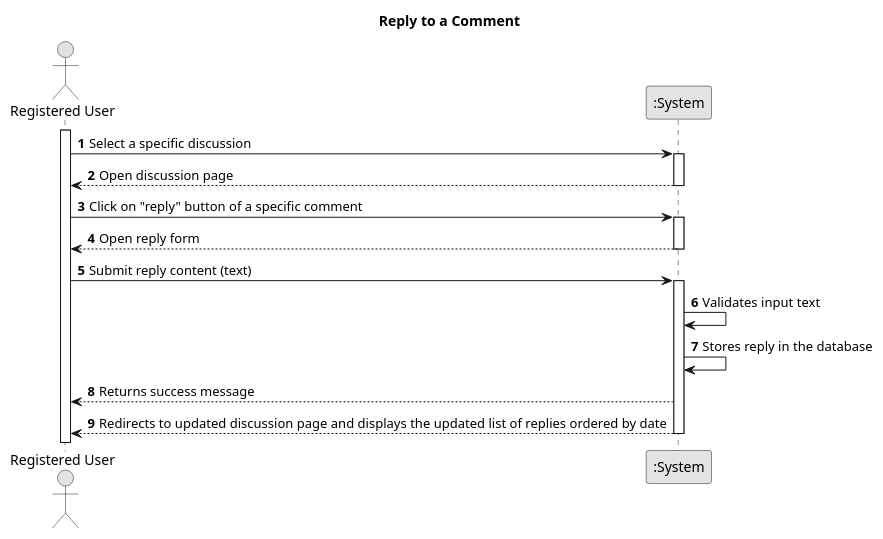
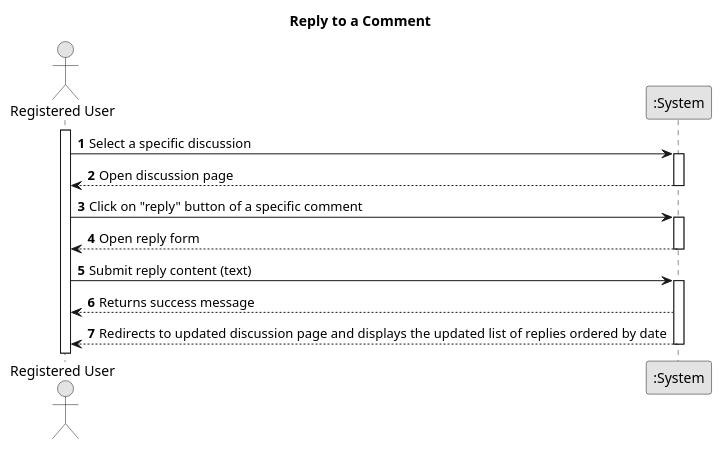
One commit to TiagoMagalhaes1232507/Testando-projeto changed the diagram in docs/sprint01/us006/01.requirements-engineering/puml/us006-system-sequence-diagram.puml. Above: the diagram before and after it, drawn with PlantUML. The commit also changed 9 other files, not shown here.

```diff
--- a/docs/sprint01/us006/01.requirements-engineering/puml/us006-system-sequence-diagram.puml
+++ b/docs/sprint01/us006/01.requirements-engineering/puml/us006-system-sequence-diagram.puml
@@ -1,36 +1,34 @@
 @startuml System Sequence Diagram (SSD)
 skinparam monochrome true
 skinparam packageStyle rectangle
 skinparam shadowing false
 
 title Reply to a Comment
 
 autonumber
 
 actor "Registered User" as User
 participant ":System" as System
 
 activate User
 
 User -> System: Select a specific discussion
 activate System
 
 System --> User: Open discussion page
 deactivate System
 
 User -> System: Click on "reply" button of a specific comment
 activate System
 
 System --> User: Open reply form
 deactivate System
 
 User -> System: Submit reply content (text)
 activate System
 
-System -> System: Validates input text
-System -> System: Stores reply in the database
 System --> User: Returns success message
 System --> User: Redirects to updated discussion page and displays the updated list of replies ordered by date
 deactivate System
 
 @enduml
```
